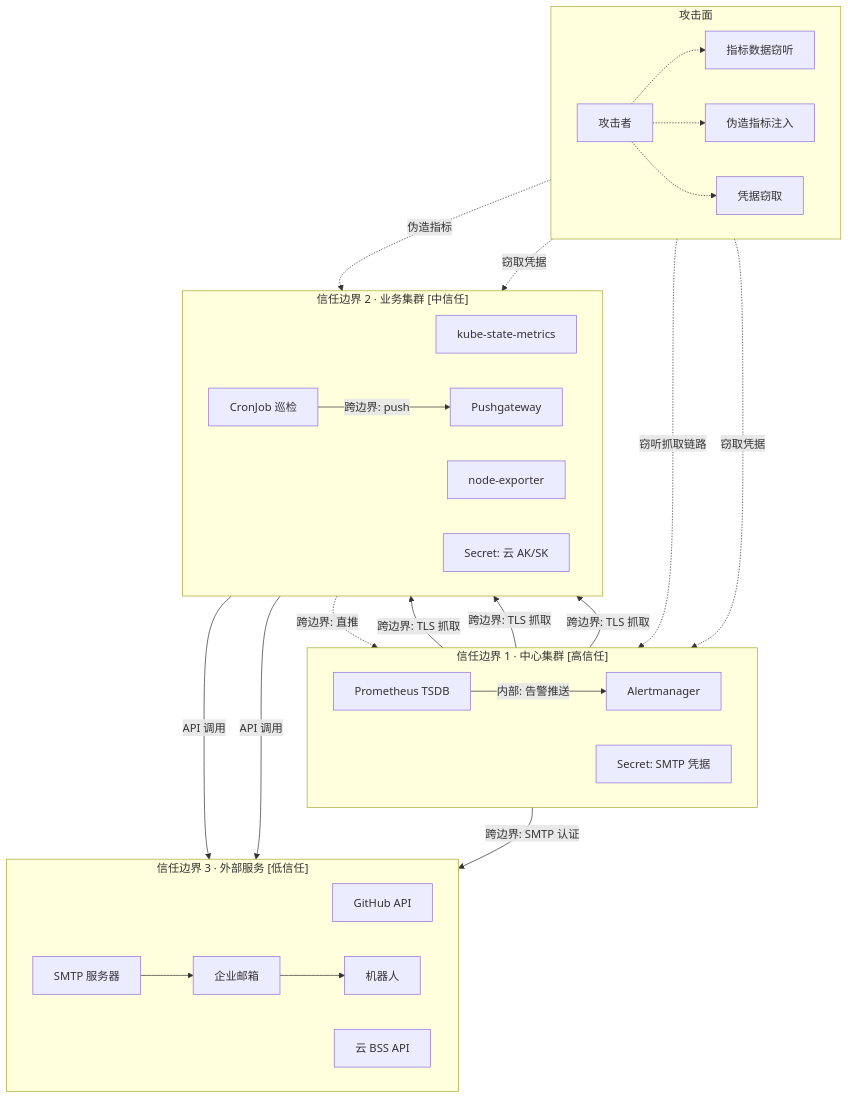
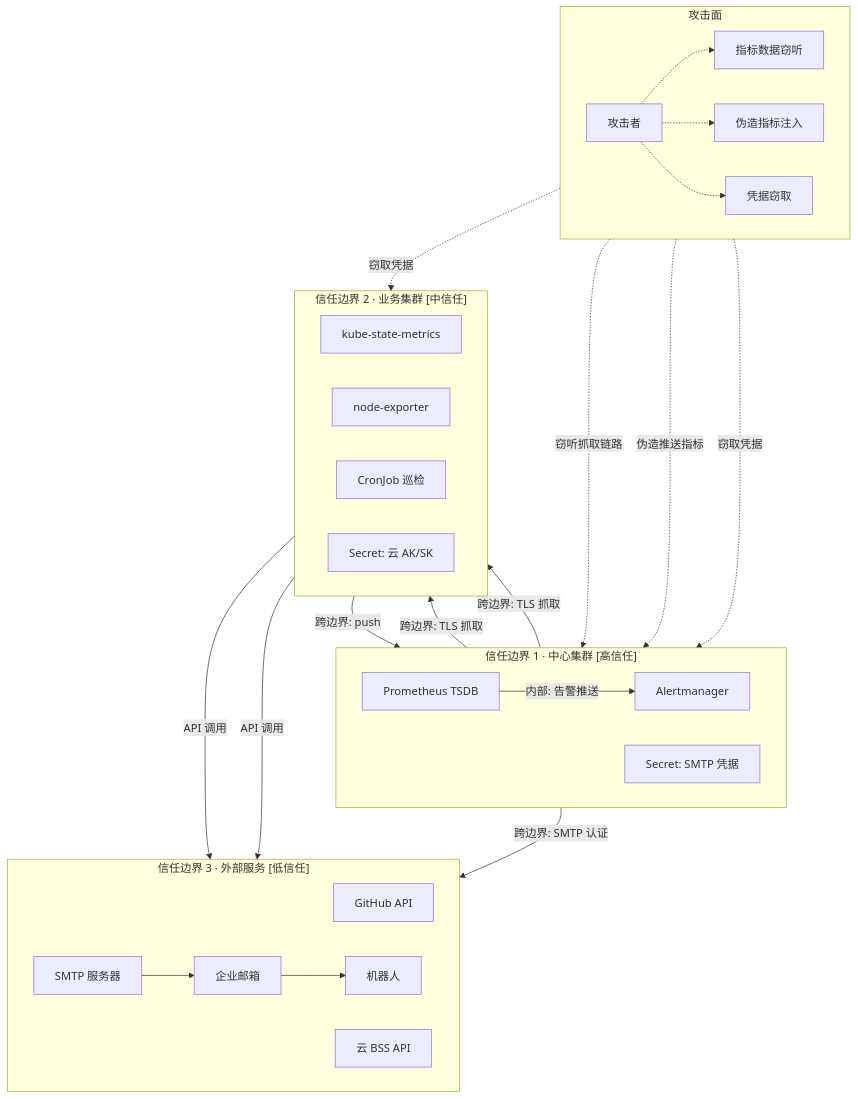
Before and after one commit to KadenZhang3321/CI_stable: the third of 3 diagrams in Architecture Design/#1 Architecture Design Specification.md, drawn with Mermaid. The commit also changed other lines of this file, not shown here.

Commit message:
Simplify architecture: remove per-cluster Pushgateway, CronJob pushes directly to center

````diff
--- a/Architecture Design/#1 Architecture Design Specification.md
+++ b/Architecture Design/#1 Architecture Design Specification.md
@@ -248,55 +238,52 @@
 ```mermaid
 graph TB
     subgraph "攻击面"
         direction LR
         Attacker["攻击者"]
         Leak["指标数据窃听"]
         Spoof["伪造指标注入"]
         CredTheft["凭据窃取"]
     end
 
     subgraph "信任边界 1 · 中心集群 [高信任]"
         direction LR
         PromT["Prometheus TSDB"]
         AMT["Alertmanager"]
         SecT["Secret: SMTP 凭据"]
     end
 
     subgraph "信任边界 2 · 业务集群 [中信任]"
         direction LR
         KSMT["kube-state-metrics"]
         NET["node-exporter"]
-        PGT["Pushgateway"]
         CJT["CronJob 巡检"]
         SecC["Secret: 云 AK/SK"]
     end
 
     subgraph "信任边界 3 · 外部服务 [低信任]"
         direction LR
         GitHubT["GitHub API"]
         CloudT["云 BSS API"]
         SMTPT["SMTP 服务器"]
         MailT["企业邮箱"]
         BotT["机器人"]
     end
 
     PromT -->|跨边界: TLS 抓取| KSMT
     PromT -->|跨边界: TLS 抓取| NET
-    PromT -->|跨边界: TLS 抓取| PGT
-    CJT -->|跨边界: push| PGT
-    CJT -.->|跨边界: 直推| PromT
+    CJT -->|跨边界: push| PromT
     CJT -->|API 调用| GitHubT
     CJT -->|API 调用| CloudT
     AMT -->|跨边界: SMTP 认证| SMTPT
     SMTPT --> MailT
     MailT --> BotT
     PromT -->|内部: 告警推送| AMT
 
     Attacker -.-> Leak
     Attacker -.-> Spoof
     Attacker -.-> CredTheft
     Leak -.->|窃听抓取链路| PromT
-    Spoof -.->|伪造指标| PGT
+    Spoof -.->|伪造推送指标| PromT
     CredTheft -.->|窃取凭据| SecT
     CredTheft -.->|窃取凭据| SecC
 ```
````
